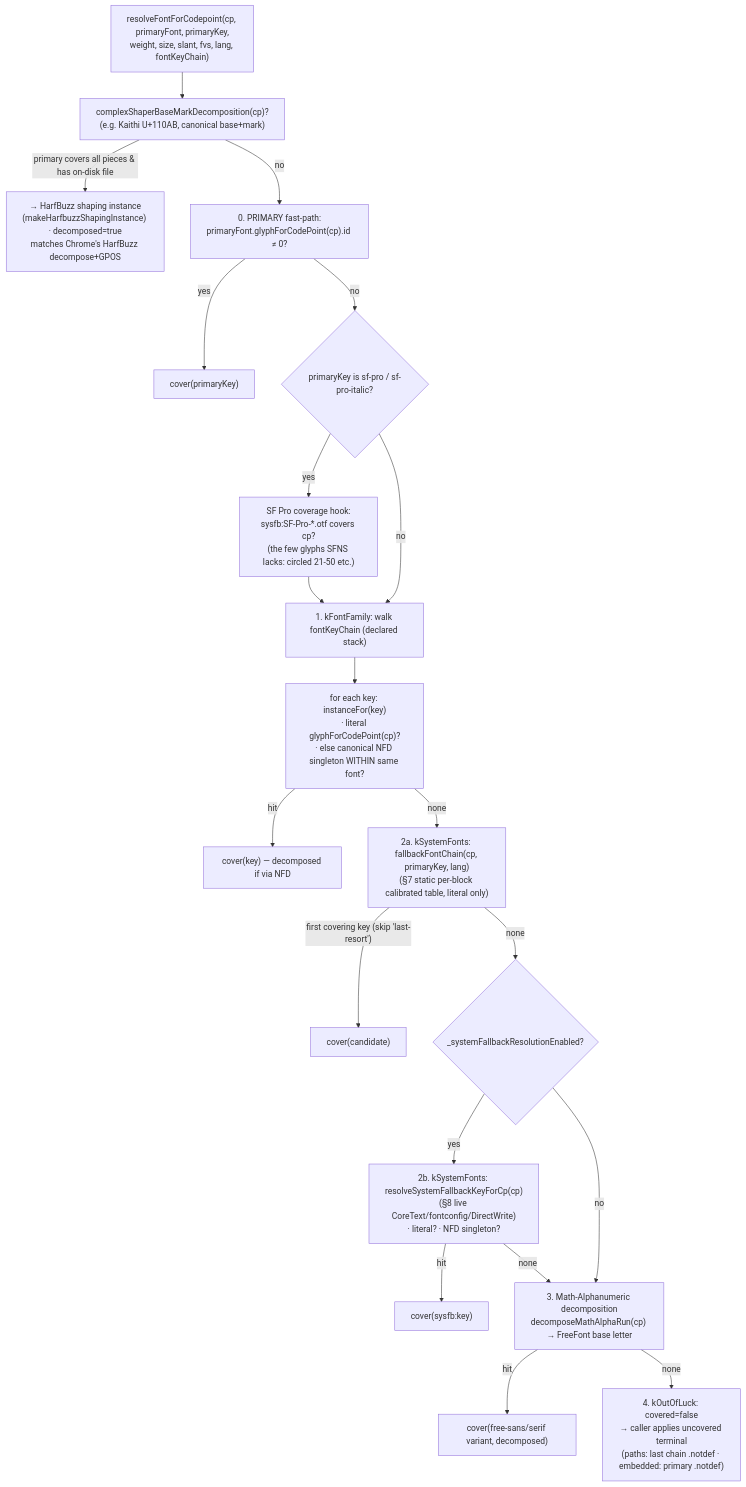
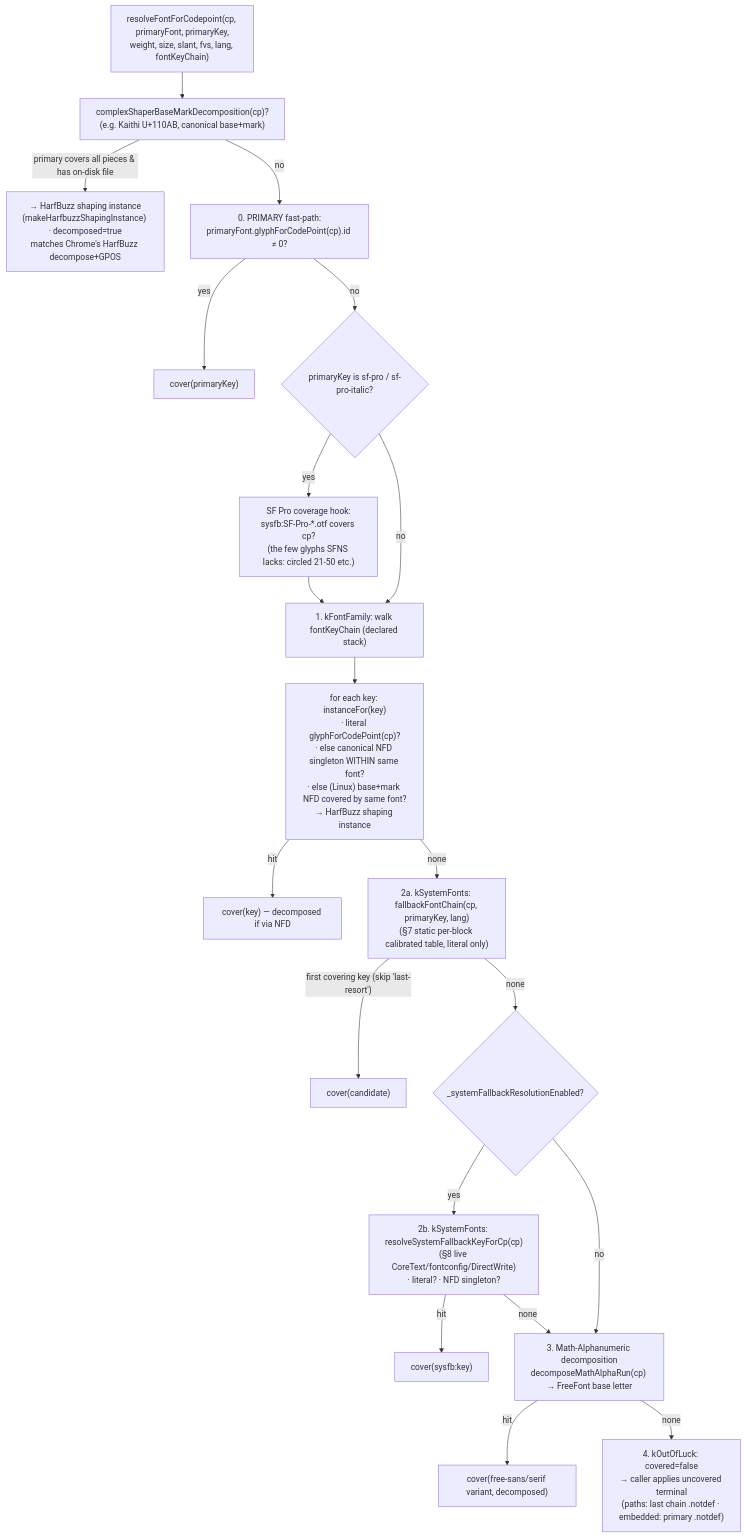
The sixth of 10 diagrams in docs/font-resolution-diagram.md (brianwestphal/domotion), drawn with Mermaid before and after one commit. The commit also changed other lines of this file and 3 other files, not shown here.

````diff
--- a/docs/font-resolution-diagram.md
+++ b/docs/font-resolution-diagram.md
@@ -355,22 +355,22 @@
 ```mermaid
 flowchart TD
   F0["resolveFontForCodepoint(cp, primaryFont, primaryKey,<br/>weight, size, slant, fvs, lang, fontKeyChain)"] --> FC["complexShaperBaseMarkDecomposition(cp)?<br/>(e.g. Kaithi U+110AB, canonical base+mark)"]
   FC -->|"primary covers all pieces & has on-disk file"| FCH["→ HarfBuzz shaping instance<br/>(makeHarfbuzzShapingInstance) · decomposed=true<br/>matches Chrome's HarfBuzz decompose+GPOS"]
   FC -->|"no"| F1["0. PRIMARY fast-path:<br/>primaryFont.glyphForCodePoint(cp).id ≠ 0?"]
   F1 -->|"yes"| F1H["cover(primaryKey)"]
   F1 -->|"no"| FSF{"primaryKey is sf-pro / sf-pro-italic?"}
   FSF -->|"yes"| FSF1["SF Pro coverage hook:<br/>sysfb:SF-Pro-*.otf covers cp?<br/>(the few glyphs SFNS lacks: circled 21-50 etc.)"]
   FSF1 --> F2
   FSF -->|"no"| F2["1. kFontFamily: walk fontKeyChain (declared stack)"]
-  F2 --> F2A["for each key: instanceFor(key)<br/>· literal glyphForCodePoint(cp)?<br/>· else canonical NFD singleton WITHIN same font?"]
+  F2 --> F2A["for each key: instanceFor(key)<br/>· literal glyphForCodePoint(cp)?<br/>· else canonical NFD singleton WITHIN same font?<br/>· else (Linux) base+mark NFD covered by same font?<br/>→ HarfBuzz shaping instance"]
   F2A -->|"hit"| F2H["cover(key) — decomposed if via NFD"]
   F2A -->|"none"| F3["2a. kSystemFonts: fallbackFontChain(cp, primaryKey, lang)<br/>(§7 static per-block calibrated table, literal only)"]
   F3 -->|"first covering key (skip 'last-resort')"| F3H["cover(candidate)"]
   F3 -->|"none"| F4{"_systemFallbackResolutionEnabled?"}
   F4 -->|"yes"| F4A["2b. kSystemFonts: resolveSystemFallbackKeyForCp(cp)<br/>(§8 live CoreText/fontconfig/DirectWrite)<br/>· literal? · NFD singleton?"]
   F4A -->|"hit"| F4H["cover(sysfb:key)"]
   F4A -->|"none"| F5
   F4 -->|"no"| F5["3. Math-Alphanumeric decomposition<br/>decomposeMathAlphaRun(cp) → FreeFont base letter"]
   F5 -->|"hit"| F5H["cover(free-sans/serif variant, decomposed)"]
   F5 -->|"none"| F6["4. kOutOfLuck: covered=false<br/>→ caller applies uncovered terminal<br/>(paths: last chain .notdef · embedded: primary .notdef)"]
 ```
````
